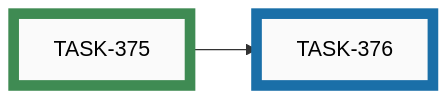
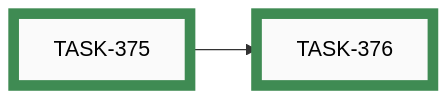
Before and after one commit to tgd1975/AwesomeGuitarPedal: the eighth of 11 diagrams in docs/developers/tasks/EPICS.md, drawn with Mermaid. The commit also changed other lines of this file and 4 other files, not shown here.

First line of the commit message:
close TASK-376 + close EPIC-028: configurable button debounce — schema, model, firmware plumbing, on-device verified

````diff
--- a/docs/developers/tasks/EPICS.md
+++ b/docs/developers/tasks/EPICS.md
@@ -277,16 +277,16 @@
 ```mermaid
 graph LR
-    TASK_376["TASK-376"]:::active
     TASK_375["TASK-375"]:::closed
+    TASK_376["TASK-376"]:::closed
     TASK_375 --> TASK_376
-    click TASK_376 "active/task-376-esp32-button-reads-debouncems-from-hardware-config.md"
     click TASK_375 "closed/task-375-add-debouncems-to-hardware-config-schema-and-model.md"
+    click TASK_376 "closed/task-376-esp32-button-reads-debouncems-from-hardware-config.md"
     classDef open    fill:#FAFAFA,stroke:#555,stroke-width:8px,color:#000
     classDef active  fill:#FAFAFA,stroke:#1A6FA8,stroke-width:8px,color:#000
     classDef closed  fill:#FAFAFA,stroke:#3F8B53,stroke-width:8px,color:#000
     classDef paused  fill:#FAFAFA,stroke:#B07810,stroke-width:8px,color:#000
     classDef openExt    fill:#000,stroke:#888,stroke-width:8px,color:#FFF
     classDef activeExt  fill:#000,stroke:#3FA9F5,stroke-width:8px,color:#FFF
     classDef closedExt  fill:#000,stroke:#7CC68A,stroke-width:8px,color:#FFF
     classDef pausedExt  fill:#000,stroke:#F0B030,stroke-width:8px,color:#FFF
 ```
````
